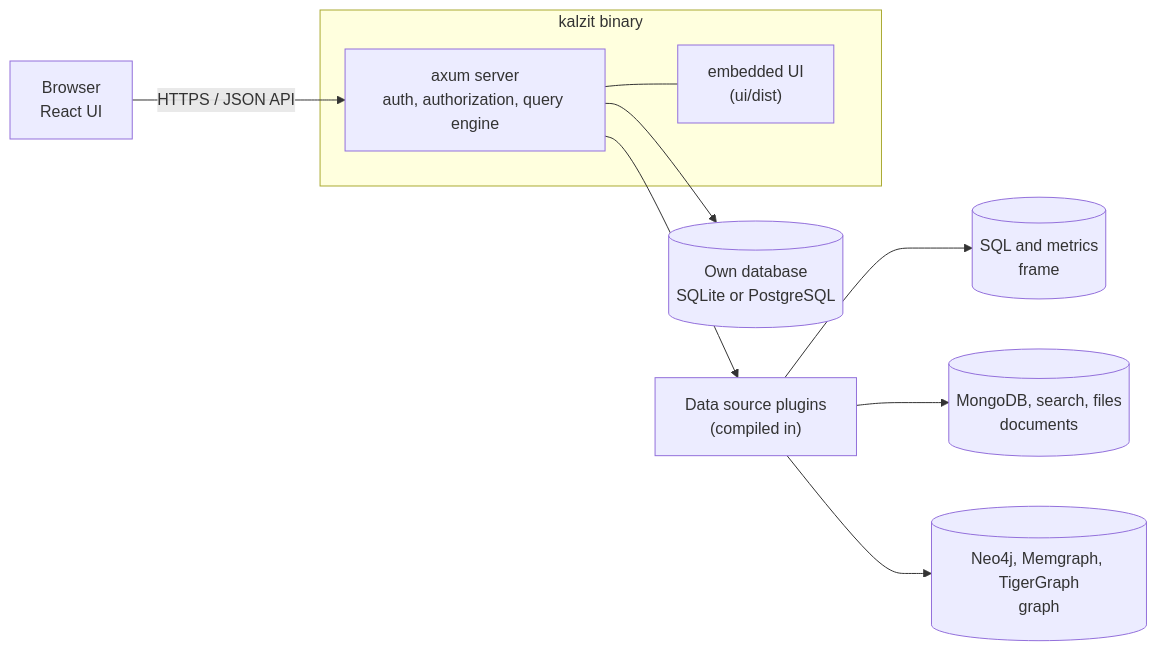
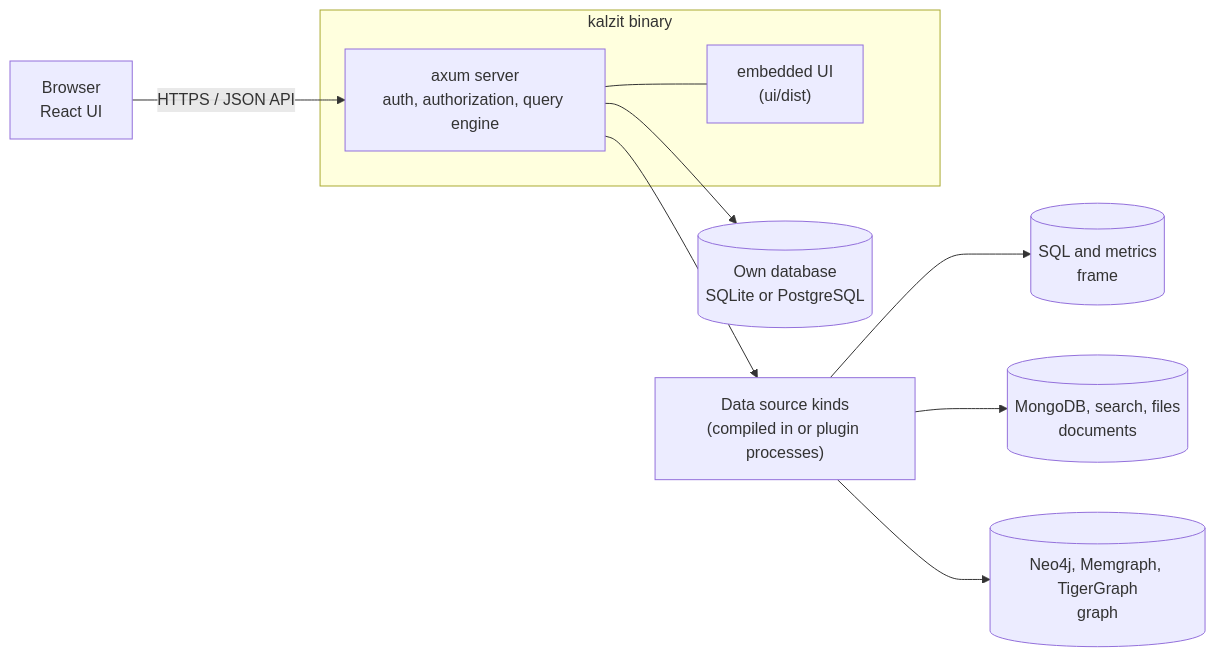
The diagram in README.md (MouseWerk/Kalzit), drawn with Mermaid before and after one commit. The commit also changed other lines of this file and 10 other files, not shown here.

Commit message:
Finish the M4 docs: plugins and AI in the guides, architecture and README, one set of 0.4.0 release notes

````diff
--- a/README.md
+++ b/README.md
@@ -358,14 +395,14 @@
 ```mermaid
 flowchart LR
   browser["Browser<br/>React UI"] -- "HTTPS / JSON API" --> server
   subgraph kalzit["kalzit binary"]
     server["axum server<br/>auth, authorization, query engine"]
     ui["embedded UI<br/>(ui/dist)"]
     server --- ui
   end
   server --> own[("Own database<br/>SQLite or PostgreSQL")]
-  server --> plugins["Data source plugins<br/>(compiled in)"]
+  server --> plugins["Data source kinds<br/>(compiled in or plugin processes)"]
   plugins --> sql[("SQL and metrics<br/>frame")]
   plugins --> docs[("MongoDB, search, files<br/>documents")]
   plugins --> graphs[("Neo4j, Memgraph, TigerGraph<br/>graph")]
 ```
````
